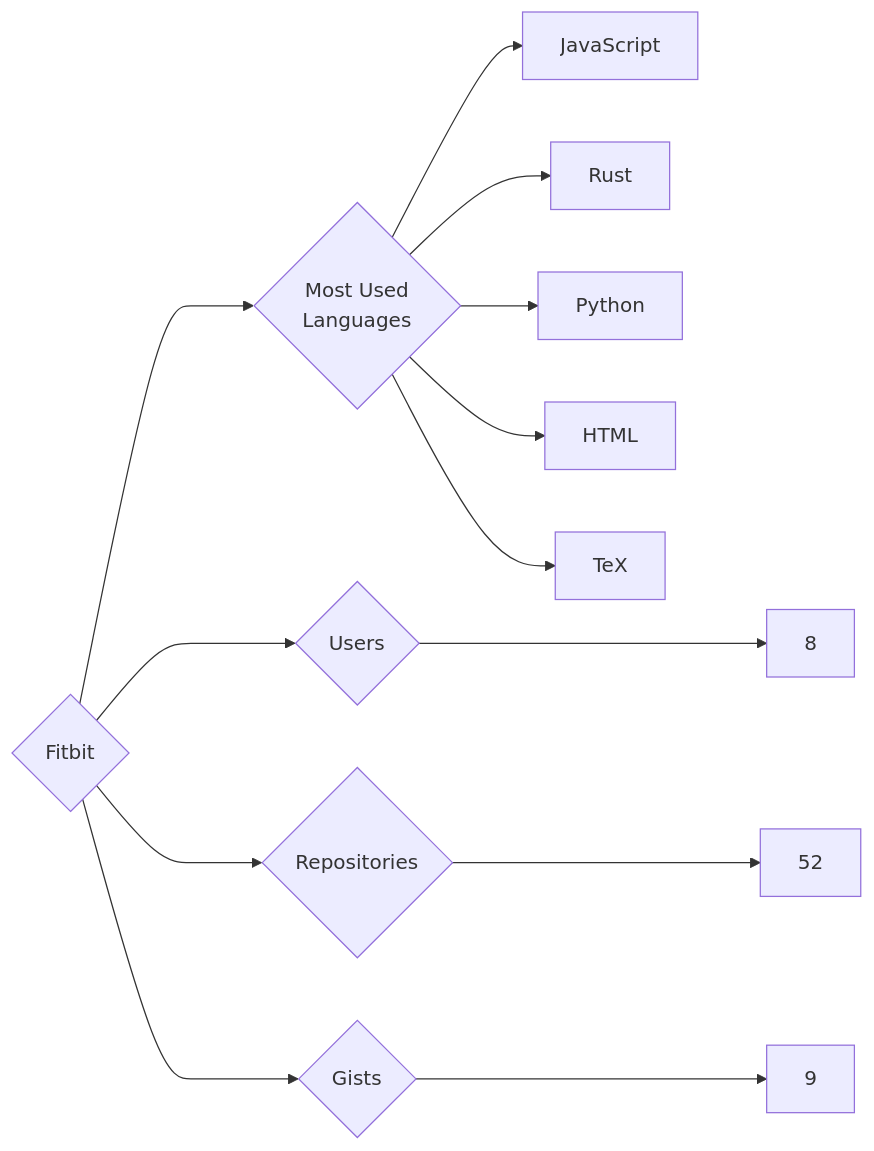
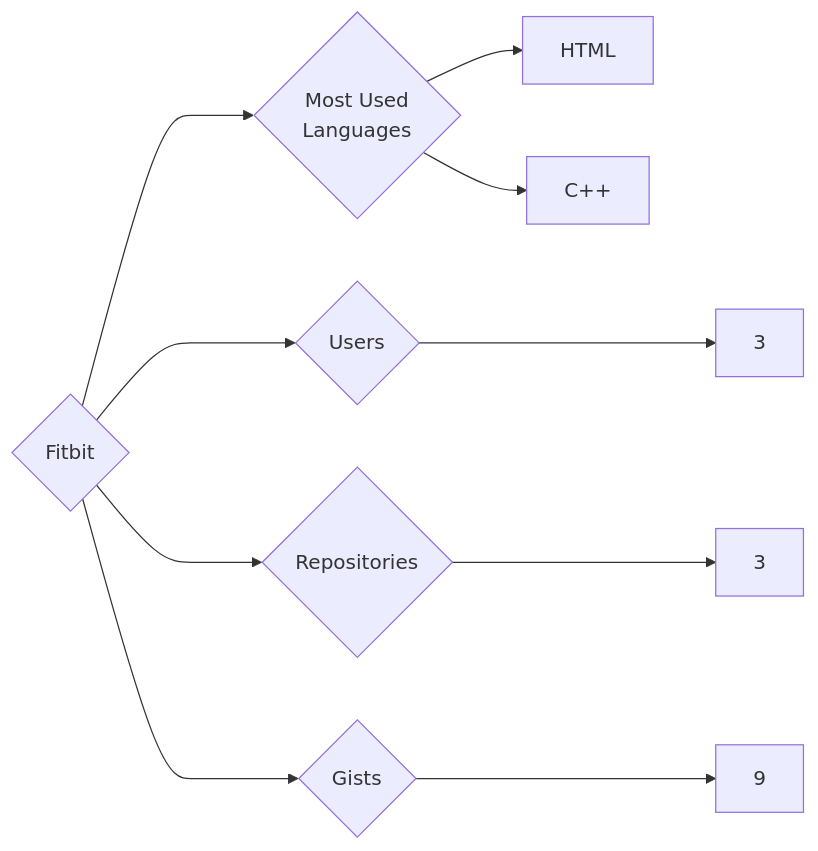
Before and after one commit to trickest/insiders: the diagram in targets/Fitbit/README.md, drawn with Mermaid. The commit also changed 1120 other files, not shown here.

````diff
--- a/targets/Fitbit/README.md
+++ b/targets/Fitbit/README.md
@@ -3,13 +3,10 @@
 ```mermaid
 graph LR
 COMPANY_NAME{Fitbit}
-COMPANY_NAME ---> U{Users} ---> UN[8]
-COMPANY_NAME ---> R{Repositories} ---> RN[52]
+COMPANY_NAME ---> U{Users} ---> UN[3]
+COMPANY_NAME ---> R{Repositories} ---> RN[3]
 COMPANY_NAME ---> G{Gists} ---> GN[9]
 COMPANY_NAME ---> ML{Most Used<br>Languages}
-ML --> JavaScript[JavaScript]
-ML --> Rust[Rust]
-ML --> Python[Python]
 ML --> HTML[HTML]
-ML --> TeX[TeX]
+ML --> C++[C++]
 ```
````
